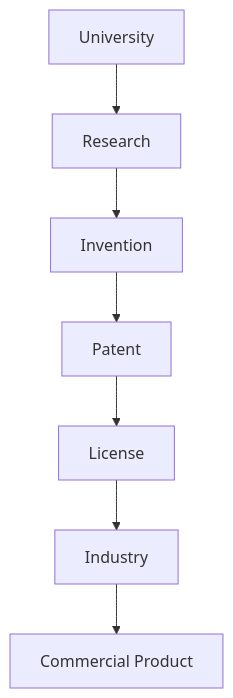
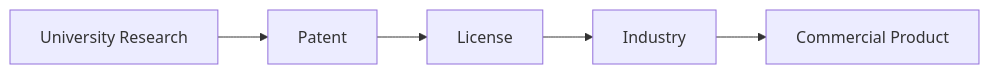
The diagram in 04_Importance_of_IPR.md (Aryns293/IPR), drawn with Mermaid before and after one commit. The commit also changed other lines of this file and 8 other files, not shown here.

````diff
--- a/04_Importance_of_IPR.md
+++ b/04_Importance_of_IPR.md
@@ -88,10 +40,7 @@
 ```mermaid
-flowchart TD
-    A[University]
-    A --> B[Research]
-    B --> C[Invention]
-    C --> D[Patent]
-    D --> E[License]
-    E --> F[Industry]
-    F --> G[Commercial Product]
+flowchart LR
+    A[University Research] --> B[Patent]
+    B --> C[License]
+    C --> D[Industry]
+    D --> E[Commercial Product]
 ```
````
